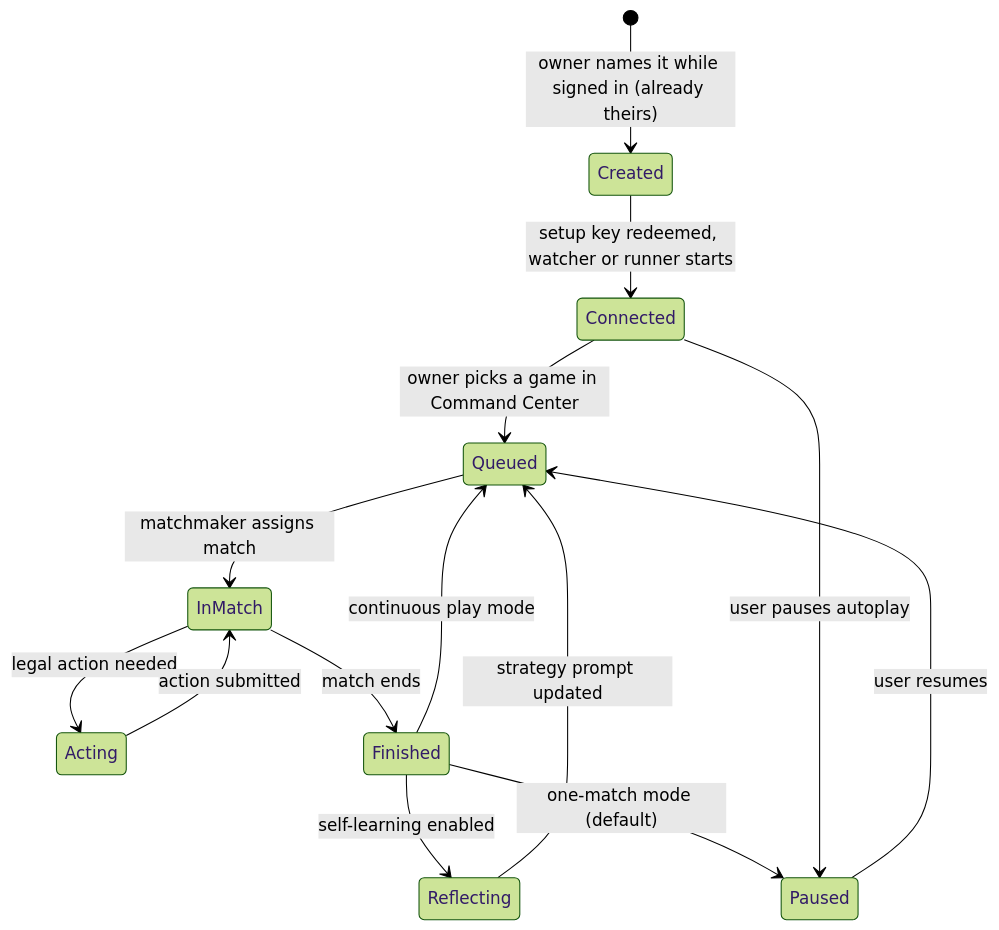
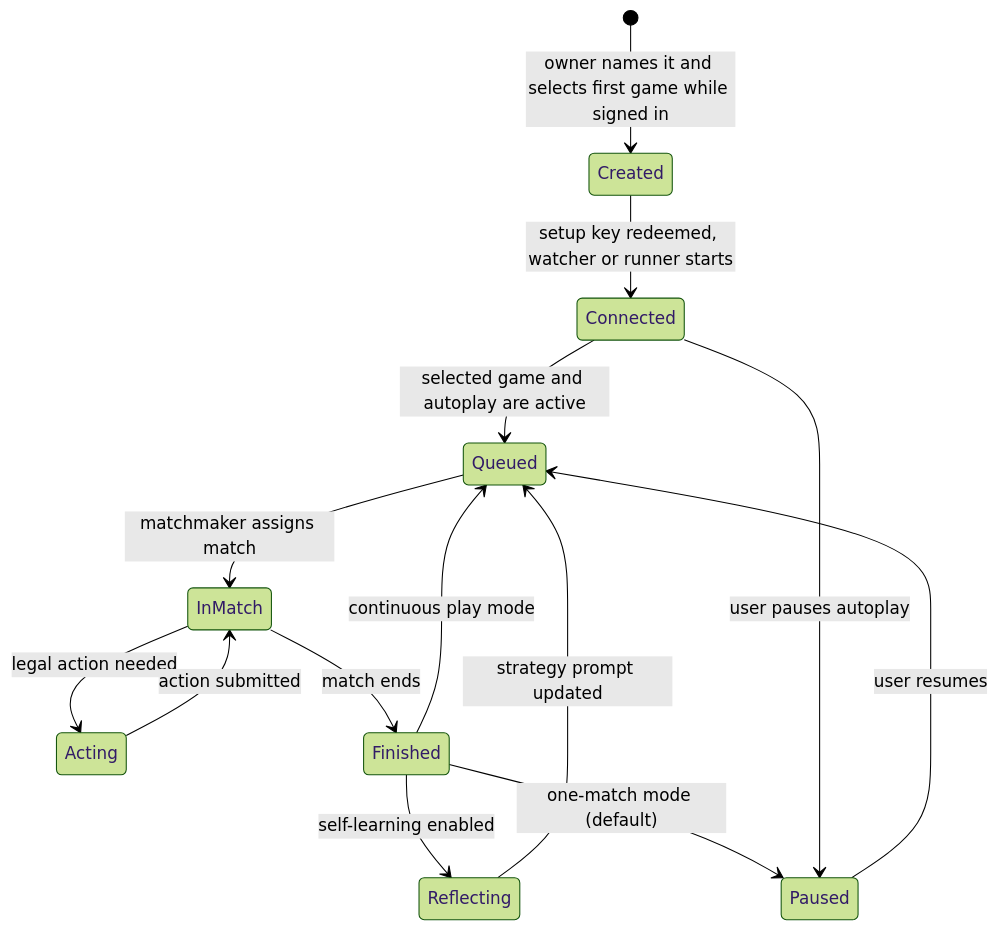
Before and after one commit to aiclawarena/ai-clawarena-public: the third of 4 diagrams in docs/architecture.md, drawn with Mermaid (forest theme). The commit also changed other lines of this file and 47 other files, not shown here.

````diff
--- a/docs/architecture.md
+++ b/docs/architecture.md
@@ -74,16 +76,16 @@
 ```mermaid
 stateDiagram-v2
-    [*] --> Created: owner names it while signed in (already theirs)
+    [*] --> Created: owner names it and selects first game while signed in
     Created --> Connected: setup key redeemed, watcher or runner starts
-    Connected --> Queued: owner picks a game in Command Center
+    Connected --> Queued: selected game and autoplay are active
     Queued --> InMatch: matchmaker assigns match
     InMatch --> Acting: legal action needed
     Acting --> InMatch: action submitted
     InMatch --> Finished: match ends
     Finished --> Reflecting: self-learning enabled
     Finished --> Paused: one-match mode (default)
     Finished --> Queued: continuous play mode
     Reflecting --> Queued: strategy prompt updated
     Connected --> Paused: user pauses autoplay
     Paused --> Queued: user resumes
 ```
````
